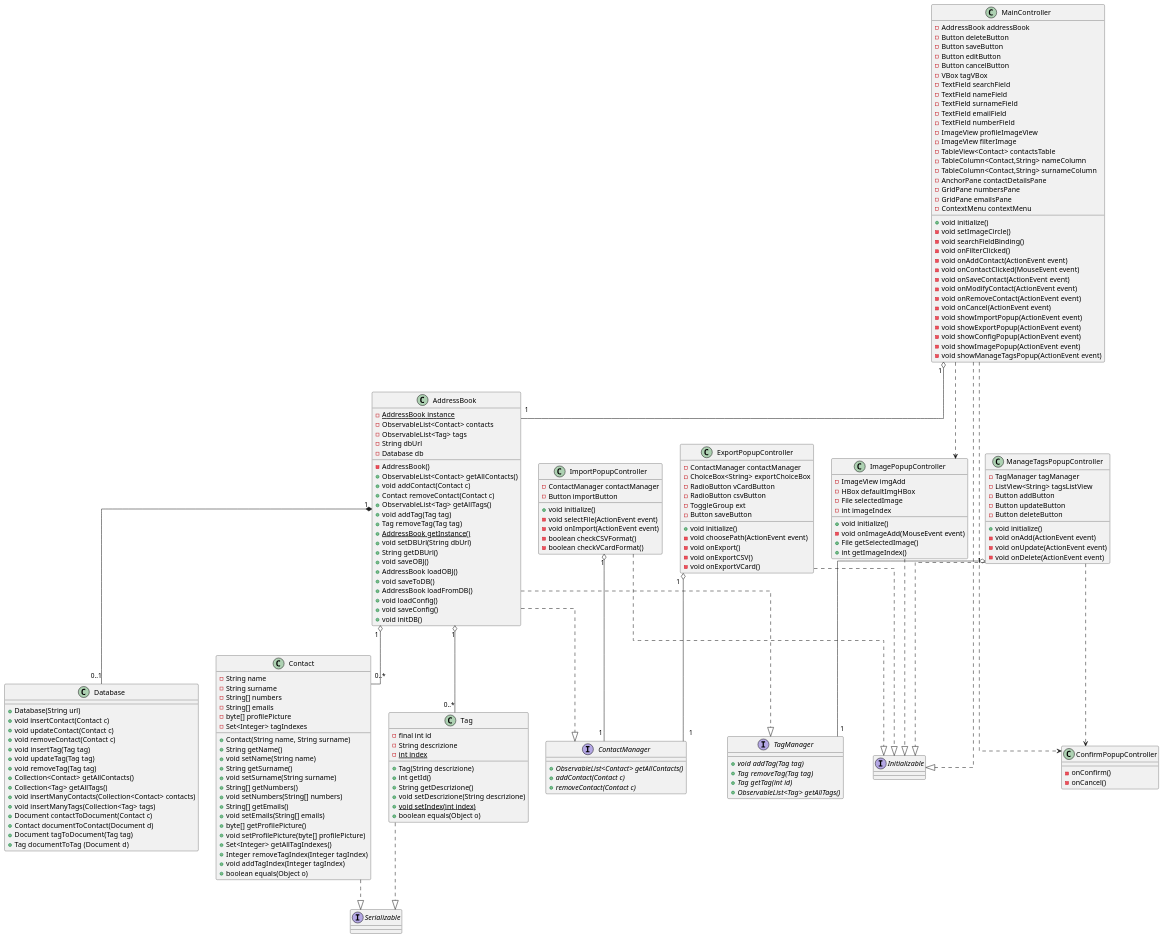
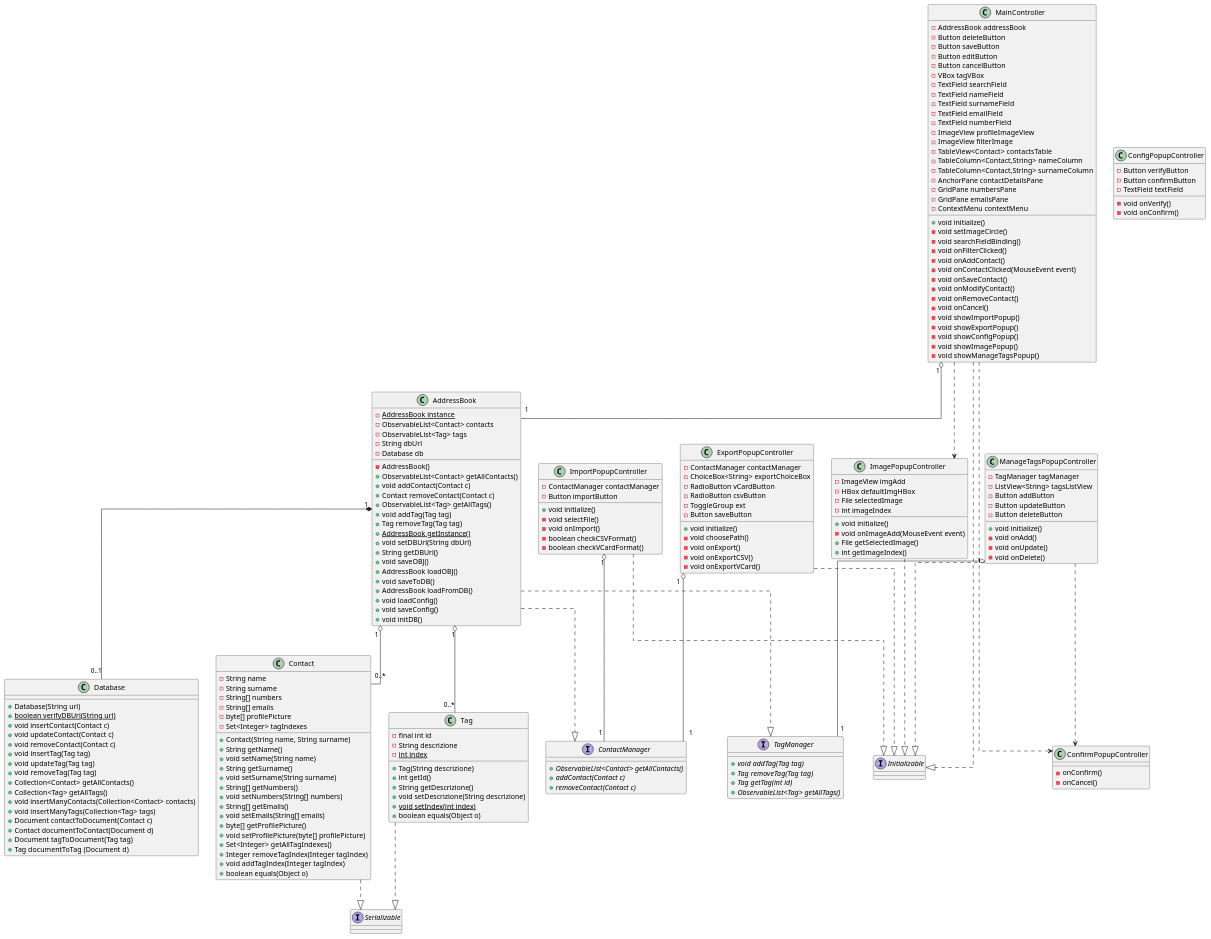
Before and after one commit to savaava/ProgettoRubrica: the diagram in documenti/diagrammaClassi.puml, drawn with PlantUML. The commit also changed 5 other files, not shown here.

Commit message:
modifiche nei diagrammi di classe + in diagrammi seq C5 e C8

```diff
--- a/documenti/diagrammaClassi.puml
+++ b/documenti/diagrammaClassi.puml
@@ -94,17 +94,17 @@
     - void setImageCircle()
     - void searchFieldBinding()    
     - void onFilterClicked()
-    - void onAddContact(ActionEvent event)
+    - void onAddContact()
     - void onContactClicked(MouseEvent event)
-    - void onSaveContact(ActionEvent event)
-    - void onModifyContact(ActionEvent event)
-    - void onRemoveContact(ActionEvent event)
-    - void onCancel(ActionEvent event)
-    - void showImportPopup(ActionEvent event)
-    - void showExportPopup(ActionEvent event)
-    - void showConfigPopup(ActionEvent event)
-    - void showImagePopup(ActionEvent event)
-    - void showManageTagsPopup(ActionEvent event)
+    - void onSaveContact()
+    - void onModifyContact()
+    - void onRemoveContact()
+    - void onCancel()
+    - void showImportPopup()
+    - void showExportPopup()
+    - void showConfigPopup()
+    - void showImagePopup()
+    - void showManageTagsPopup()
 }
 
 class ImportPopupController {
@@ -112,8 +112,8 @@
     - Button importButton
 
     + void initialize()
-    - void selectFile(ActionEvent event)
-    - void onImport(ActionEvent event)
+    - void selectFile()
+    - void onImport()
     - boolean checkCSVFormat()
     - boolean checkVCardFormat()
 }
@@ -127,7 +127,7 @@
     - Button saveButton
 
     + void initialize()
-    - void choosePath(ActionEvent event)
+    - void choosePath()
     - void onExport()
     - void onExportCSV()
     - void onExportVCard()
@@ -141,9 +141,9 @@
     - Button deleteButton
 
     + void initialize()
-    - void onAdd(ActionEvent event)
-    - void onUpdate(ActionEvent event)
-    - void onDelete(ActionEvent event)
+    - void onAdd()
+    - void onUpdate()
+    - void onDelete()
 }
 
 class ImagePopupController {
@@ -163,8 +163,18 @@
     - onCancel()
 }
 
+class ConfigPopupController {
+    - Button verifyButton
+    - Button confirmButton
+    - TextField textField
+    
+    - void onVerify()
+    - void onConfirm()
+}
+
 class Database {
     + Database(String url)
+    + {static} boolean verifyDBUrl(String url)
     + void insertContact(Contact c)
     + void updateContact(Contact c)
     + void removeContact(Contact c)
```
